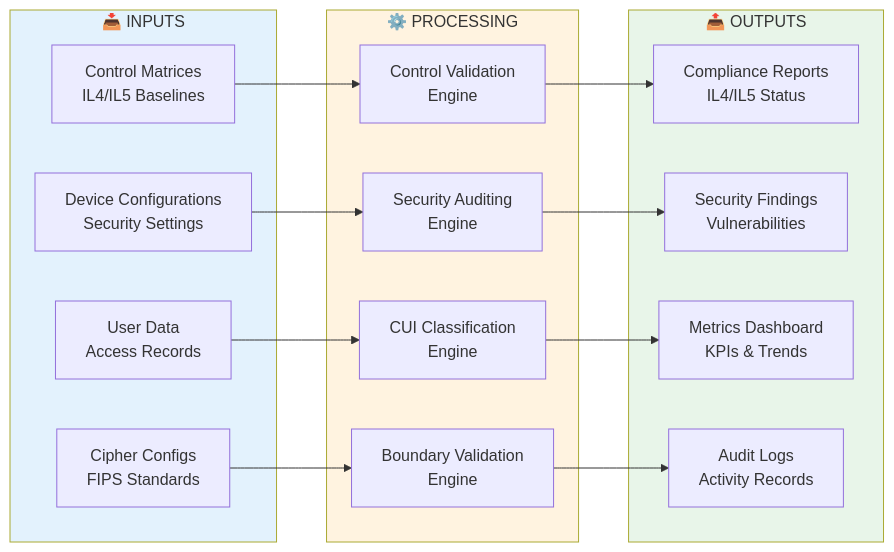
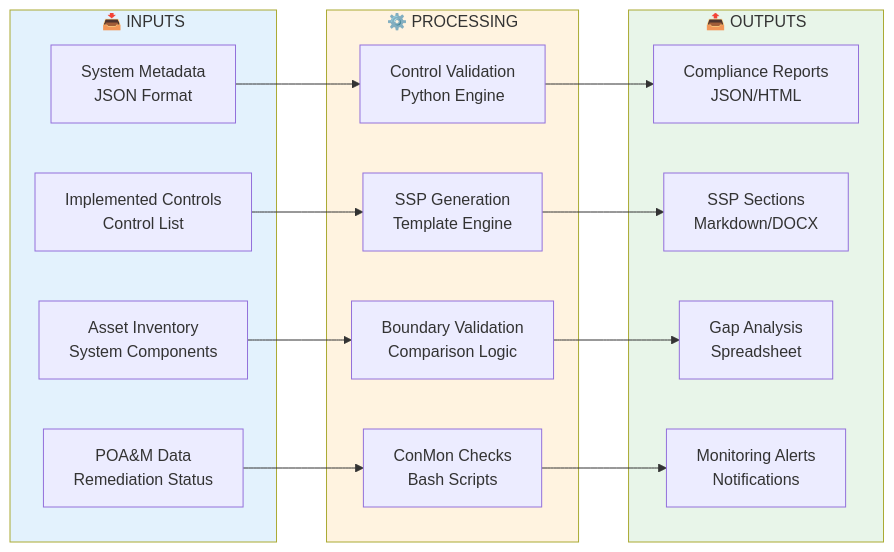
The second of 4 diagrams in security-compliance/fedramp/README.md (Suren-Jewels/Scripts-Toolkit), drawn with Mermaid before and after one commit. The commit also changed other lines of this file, not shown here.

````diff
--- a/security-compliance/fedramp/README.md
+++ b/security-compliance/fedramp/README.md
@@ -100,37 +91,37 @@
 ```mermaid
 flowchart LR
     subgraph INPUTS["📥 INPUTS"]
-        I1[Control Matrices<br/>IL4/IL5 Baselines]
-        I2[Device Configurations<br/>Security Settings]
-        I3[User Data<br/>Access Records]
-        I4[Cipher Configs<br/>FIPS Standards]
+        I1[System Metadata<br/>JSON Format]
+        I2[Implemented Controls<br/>Control List]
+        I3[Asset Inventory<br/>System Components]
+        I4[POA&M Data<br/>Remediation Status]
     end
     
     subgraph PROCESSING["⚙️ PROCESSING"]
-        P1[Control Validation<br/>Engine]
-        P2[Security Auditing<br/>Engine]
-        P3[CUI Classification<br/>Engine]
-        P4[Boundary Validation<br/>Engine]
+        P1[Control Validation<br/>Python Engine]
+        P2[SSP Generation<br/>Template Engine]
+        P3[Boundary Validation<br/>Comparison Logic]
+        P4[ConMon Checks<br/>Bash Scripts]
     end
     
     subgraph OUTPUTS["📤 OUTPUTS"]
-        O1[Compliance Reports<br/>IL4/IL5 Status]
-        O2[Security Findings<br/>Vulnerabilities]
-        O3[Metrics Dashboard<br/>KPIs & Trends]
-        O4[Audit Logs<br/>Activity Records]
+        O1[Compliance Reports<br/>JSON/HTML]
+        O2[SSP Sections<br/>Markdown/DOCX]
+        O3[Gap Analysis<br/>Spreadsheet]
+        O4[Monitoring Alerts<br/>Notifications]
     end
     
     I1 --> P1
     I2 --> P2
     I3 --> P3
     I4 --> P4
     
     P1 --> O1
     P2 --> O2
     P3 --> O3
     P4 --> O4
     
     style INPUTS fill:#E3F2FD
     style PROCESSING fill:#FFF3E0
     style OUTPUTS fill:#E8F5E9
 ```
````
